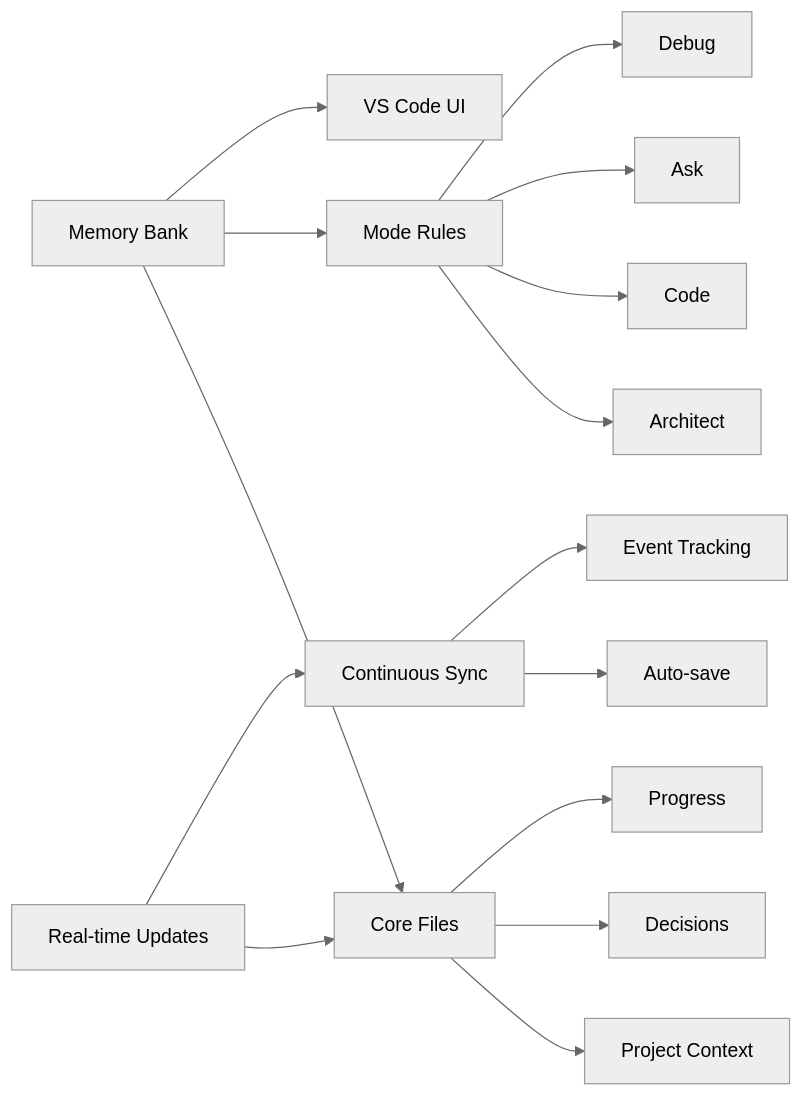
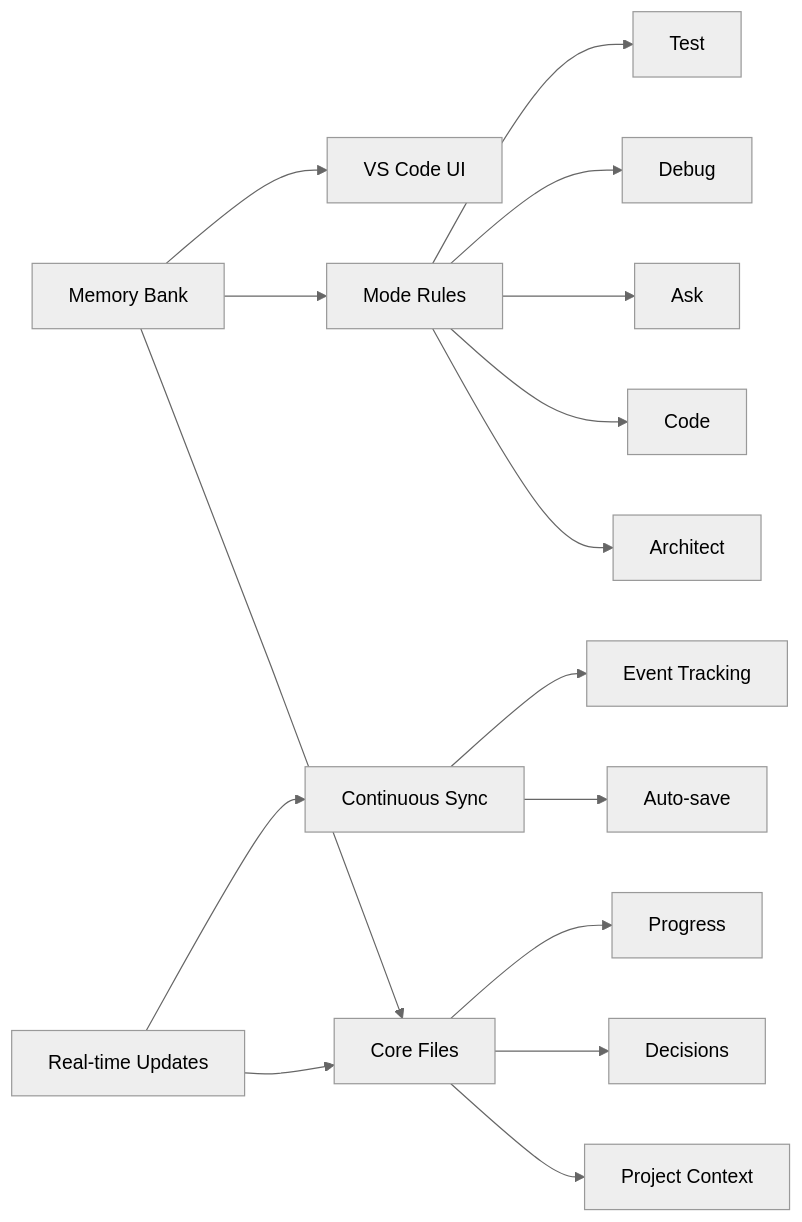
One commit to shaunie2fly/roo-code-memory-bank changed the first of 5 diagrams in README.md. Above: the diagram before and after it, drawn with Mermaid (neutral theme). The commit also changed other lines of this file and 8 other files, not shown here.

Commit message:
modified:   .clinerules-architect 	modified:   .clinerules-ask 	modified:   .clinerules-code 	modified:   .clinerules-debug 	new file:   .clinerules-test 	new file:   .roomodes 	modified:   README.md 	new file:   code-system-prompt-example.txt 	modified:   updates.md

````diff
--- a/README.md
+++ b/README.md
@@ -22,17 +22,18 @@
 ```mermaid
 graph LR
     A[Memory Bank] --> B[Core Files]
     A --> C[Mode Rules]
     A --> D[VS Code UI]
     B --> E[Project Context]
     B --> F[Decisions]
     B --> G[Progress]
     C --> H[Architect]
     C --> I[Code]
     C --> J[Ask]
     C --> K1[Debug]
+    C --> K2[Test]
     K[Real-time Updates] --> B
     K --> L[Continuous Sync]
     L --> M[Auto-save]
     L --> N[Event Tracking]
 ```
````
